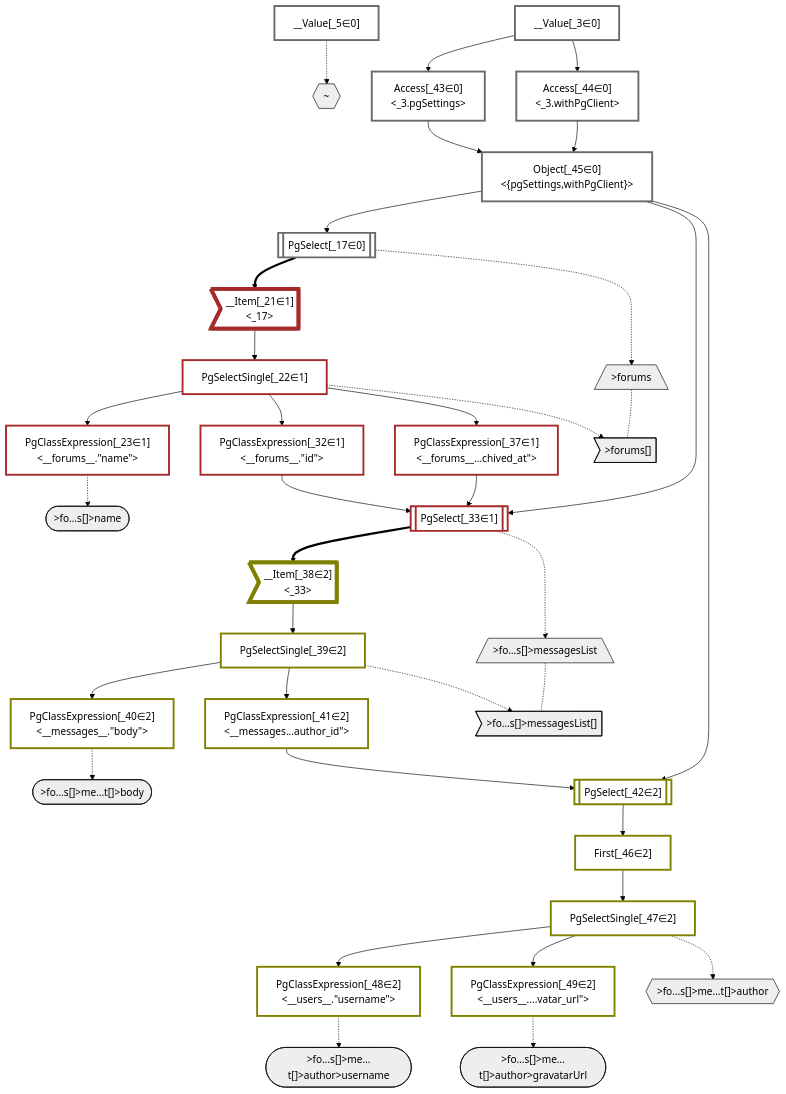
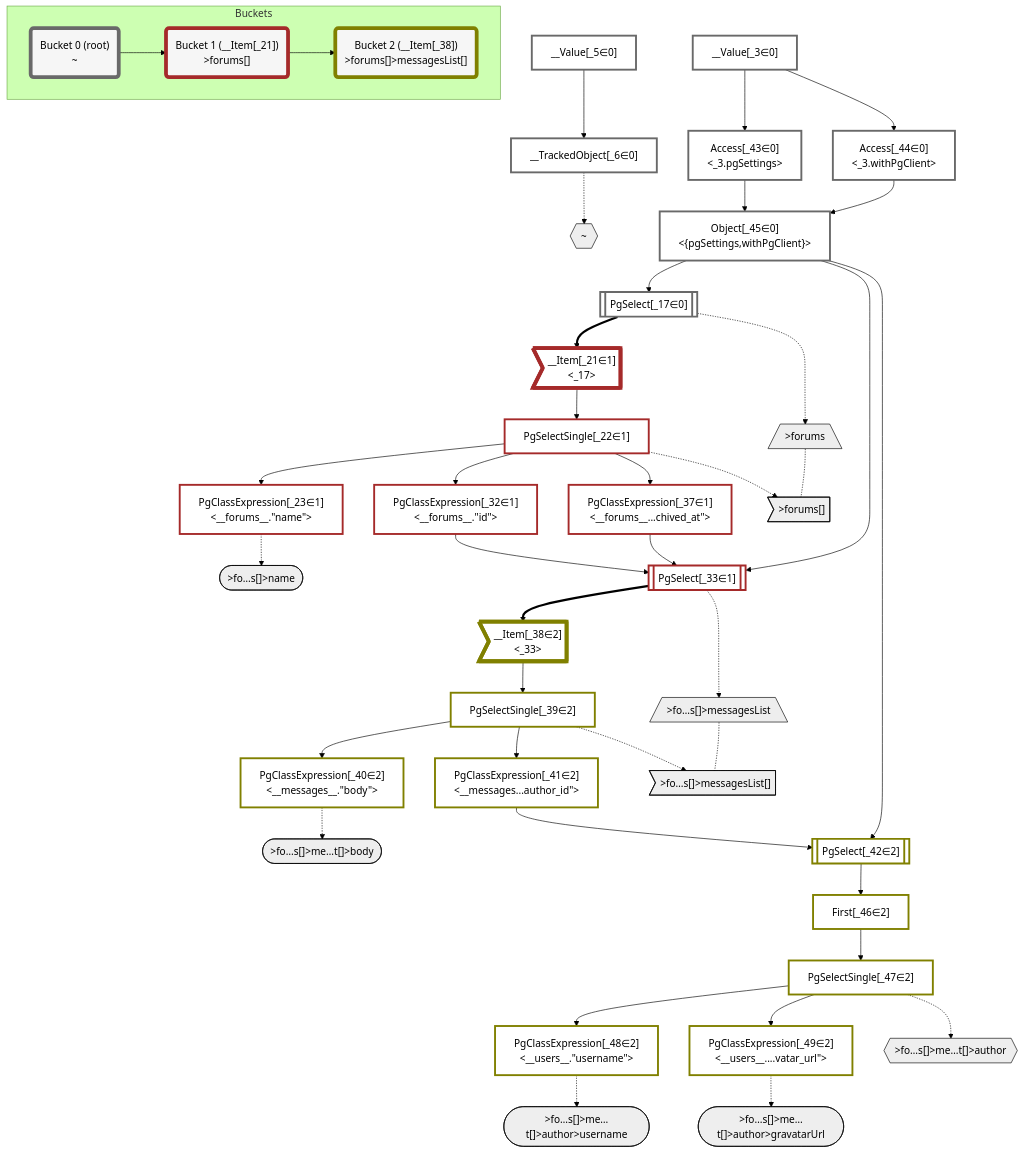
The diagram in packages/dataplan-pg/__tests__/queries/conditions/basics-with-author.deopt.mermaid.md (graphile/crystal), drawn with Mermaid (forest theme) before and after one commit. The commit also changed 195 other files, not shown here.

````diff
--- a/packages/dataplan-pg/__tests__/queries/conditions/basics-with-author.deopt.mermaid.md
+++ b/packages/dataplan-pg/__tests__/queries/conditions/basics-with-author.deopt.mermaid.md
@@ -4,6 +4,7 @@
     classDef plan fill:#fff,stroke-width:3px,color:#000
     classDef itemplan fill:#fff,stroke-width:6px,color:#000
     classDef sideeffectplan fill:#f00,stroke-width:6px,color:#000
+    classDef bucket fill:#f6f6f6,color:#000,stroke-width:6px
 
     %% subgraph fields
     P1{{"~"}}:::path
@@ -30,6 +31,7 @@
     %% define plans
     __Value_3["__Value[_3∈0]<br /><context>"]:::plan
     __Value_5["__Value[_5∈0]<br /><rootValue>"]:::plan
+    __TrackedObject_6["__TrackedObject[_6∈0]"]:::plan
     PgSelect_17[["PgSelect[_17∈0]<br /><forums>"]]:::plan
     __Item_21>"__Item[_21∈1]<br /><_17>"]:::itemplan
     PgSelectSingle_22["PgSelectSingle[_22∈1]<br /><forums>"]:::plan
@@ -51,6 +53,7 @@
     PgClassExpression_49["PgClassExpression[_49∈2]<br /><__users__....vatar_url#quot;>"]:::plan
 
     %% plan dependencies
+    __Value_5 --> __TrackedObject_6
     Object_45 --> PgSelect_17
     PgSelect_17 ==> __Item_21
     __Item_21 --> PgSelectSingle_22
@@ -76,7 +79,7 @@
     PgSelectSingle_47 --> PgClassExpression_49
 
     %% plan-to-path relationships
-    __Value_5 -.-> P1
+    __TrackedObject_6 -.-> P1
     PgSelect_17 -.-> P2
     PgSelectSingle_22 -.-> P3
     PgClassExpression_23 -.-> P4
@@ -89,9 +92,20 @@
 
     %% allocate buckets
     classDef bucket0 stroke:#696969
-    class __Value_3,__Value_5,PgSelect_17,Access_43,Access_44,Object_45 bucket0
+    class __Value_3,__Value_5,__TrackedObject_6,PgSelect_17,Access_43,Access_44,Object_45 bucket0
     classDef bucket1 stroke:#a52a2a
     class __Item_21,PgSelectSingle_22,PgClassExpression_23,PgClassExpression_32,PgSelect_33,PgClassExpression_37 bucket1
     classDef bucket2 stroke:#808000
     class __Item_38,PgSelectSingle_39,PgClassExpression_40,PgClassExpression_41,PgSelect_42,First_46,PgSelectSingle_47,PgClassExpression_48,PgClassExpression_49 bucket2
+
+    subgraph Buckets
+    Bucket0("Bucket 0 (root)<br />~"):::bucket
+    style Bucket0 stroke:#696969
+    Bucket1("Bucket 1 (__Item[_21])<br />>forums[]"):::bucket
+    style Bucket1 stroke:#a52a2a
+    Bucket0 --> Bucket1
+    Bucket2("Bucket 2 (__Item[_38])<br />>forums[]>messagesList[]"):::bucket
+    style Bucket2 stroke:#808000
+    Bucket1 --> Bucket2
+    end
 ```
````
